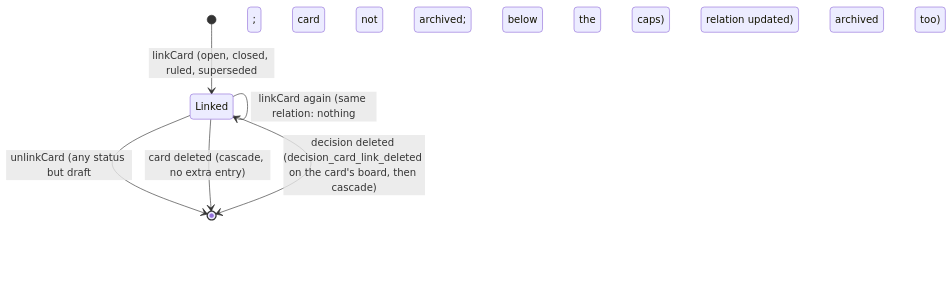
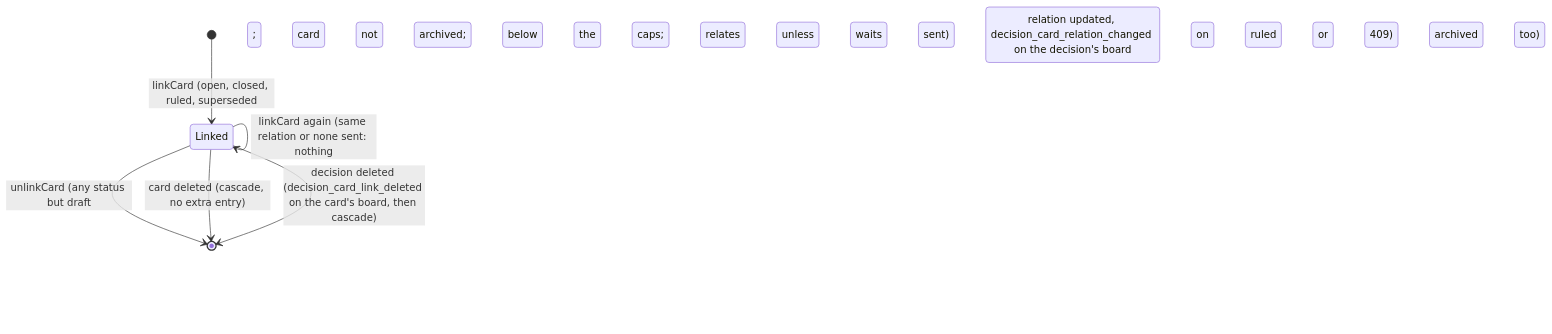
Before and after one commit to gitBoon/DumpFire: diagram 51 of 58 in docs/data-model.md, drawn with Mermaid. The commit also changed other lines of this file and 56 other files, not shown here.

````diff
--- a/docs/data-model.md
+++ b/docs/data-model.md
@@ -3988,8 +4004,8 @@
 ```mermaid
 stateDiagram-v2
-    [*] --> Linked: linkCard (open, closed, ruled, superseded; card not archived; below the caps)
-    Linked --> Linked: linkCard again (same relation: nothing; another: relation updated)
+    [*] --> Linked: linkCard (open, closed, ruled, superseded; card not archived; below the caps; relates unless waits sent)
+    Linked --> Linked: linkCard again (same relation or none sent: nothing; another: relation updated, decision_card_relation_changed on the decision's board; waits on ruled or superseded: 409)
     Linked --> [*]: unlinkCard (any status but draft; archived card too)
     Linked --> [*]: card deleted (cascade, no extra entry)
     Linked --> [*]: decision deleted (decision_card_link_deleted on the card's board, then cascade)
 ```
````
